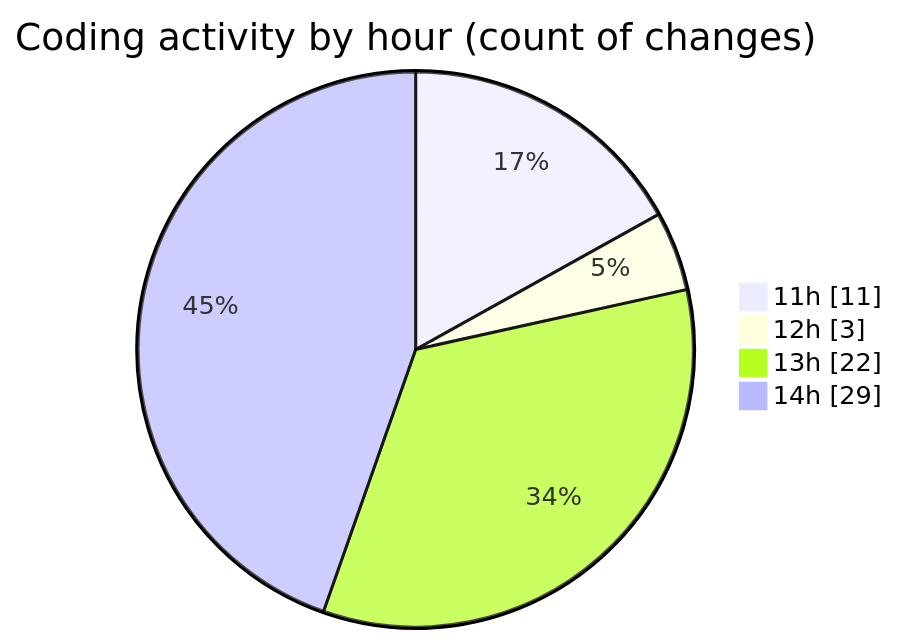
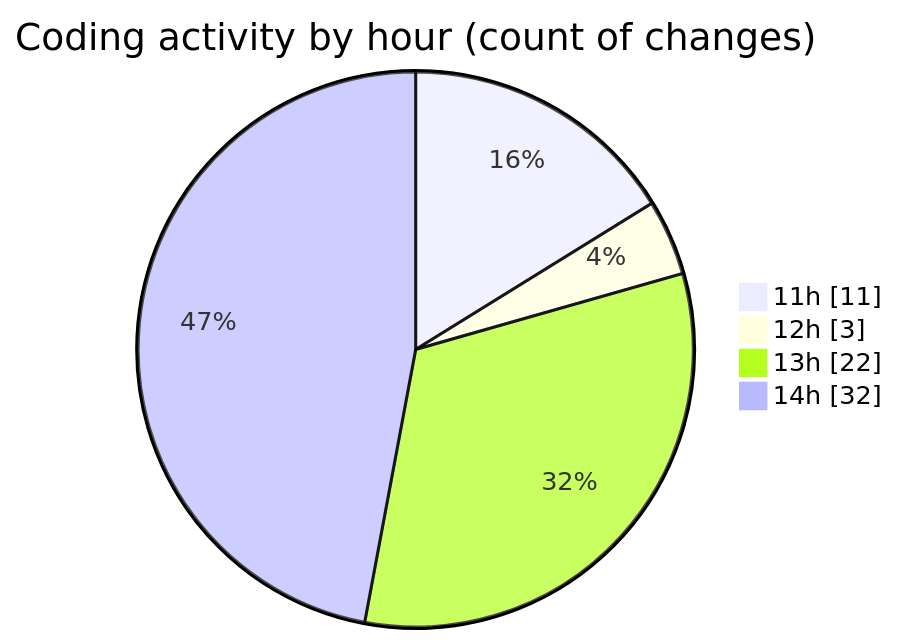
Before and after one commit to momahboobian/code-tracking: the second of 2 diagrams in 2026-05-20/cda/README.md, drawn with Mermaid. The commit also changed other lines of this file and 1 other file, not shown here.

````diff
--- a/2026-05-20/cda/README.md
+++ b/2026-05-20/cda/README.md
@@ -45,8 +46,8 @@
 ```mermaid
 pie showData
 title Coding activity by hour (count of changes)
 "11h" : 11
 "12h" : 3
 "13h" : 22
-"14h" : 29
+"14h" : 32
 ```
````
